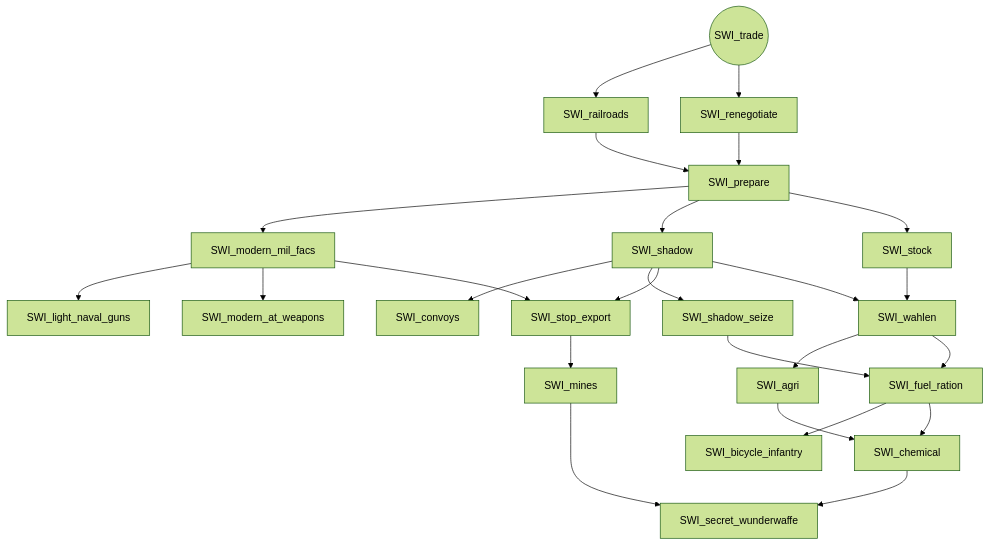
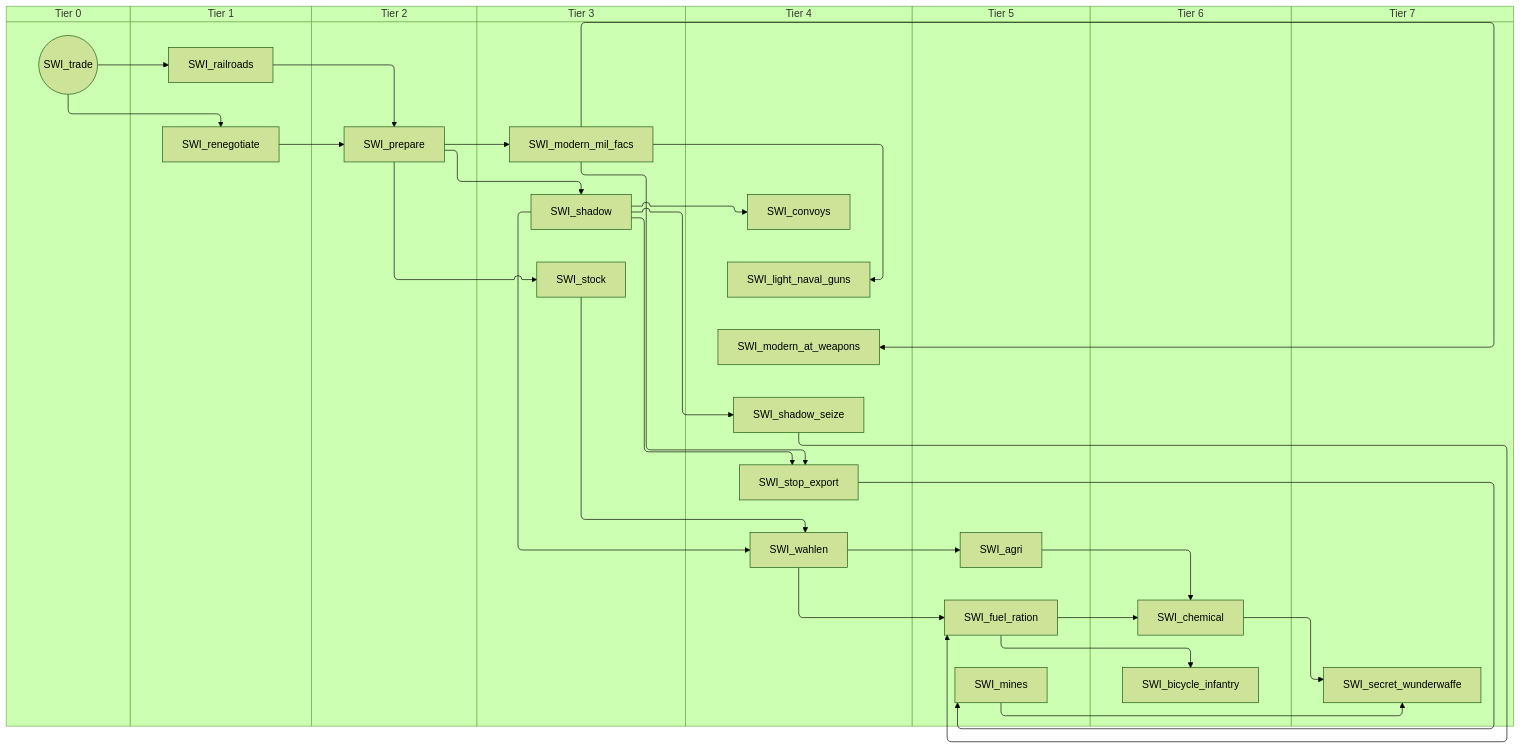
One commit to evgeny-sobol/hoi4-sandbox-mode-r56 changed the eighth of 8 diagrams in docs/gdd/National Focuses/r56_switzerland.md. Above: the diagram before and after it, drawn with Mermaid (forest theme). The commit also changed other lines of this file and 423 other files, not shown here.

First line of the commit message:
Re-export Rt56 focus trees as swimlane diagrams

````diff
--- a/docs/gdd/National Focuses/r56_switzerland.md
+++ b/docs/gdd/National Focuses/r56_switzerland.md
@@ -275,46 +349,62 @@
 ```mermaid
-flowchart TD
-    n83["SWI_agri"]
-    n84["SWI_bicycle_infantry"]
-    n85["SWI_chemical"]
-    n86["SWI_convoys"]
-    n87["SWI_fuel_ration"]
-    n88["SWI_light_naval_guns"]
-    n89["SWI_mines"]
-    n90["SWI_modern_at_weapons"]
-    n91["SWI_modern_mil_facs"]
-    n92["SWI_prepare"]
-    n93["SWI_railroads"]
-    n94["SWI_renegotiate"]
-    n95["SWI_secret_wunderwaffe"]
-    n96["SWI_shadow"]
-    n97["SWI_shadow_seize"]
-    n98["SWI_stock"]
-    n99["SWI_stop_export"]
-    n100(("SWI_trade"))
-    n101["SWI_wahlen"]
-    n101 --> n83
-    n87 --> n84
+swimlane-beta TD
+    subgraph tier_0["Tier 0"]
+        n83(("SWI_trade"))
+    end
+    subgraph tier_1["Tier 1"]
+        n84["SWI_railroads"]
+        n85["SWI_renegotiate"]
+    end
+    subgraph tier_2["Tier 2"]
+        n86["SWI_prepare"]
+    end
+    subgraph tier_3["Tier 3"]
+        n87["SWI_modern_mil_facs"]
+        n88["SWI_shadow"]
+        n89["SWI_stock"]
+    end
+    subgraph tier_4["Tier 4"]
+        n90["SWI_convoys"]
+        n91["SWI_light_naval_guns"]
+        n92["SWI_modern_at_weapons"]
+        n93["SWI_shadow_seize"]
+        n94["SWI_stop_export"]
+        n95["SWI_wahlen"]
+    end
+    subgraph tier_5["Tier 5"]
+        n96["SWI_agri"]
+        n97["SWI_fuel_ration"]
+        n98["SWI_mines"]
+    end
+    subgraph tier_6["Tier 6"]
+        n99["SWI_bicycle_infantry"]
+        n100["SWI_chemical"]
+    end
+    subgraph tier_7["Tier 7"]
+        n101["SWI_secret_wunderwaffe"]
+    end
+    n95 --> n96
+    n97 --> n99
+    n96 --> n100
+    n97 --> n100
+    n88 --> n90
+    n93 --> n97
+    n95 --> n97
+    n87 --> n91
+    n94 --> n98
+    n87 --> n92
+    n86 --> n87
+    n85 --> n86
+    n84 --> n86
+    n83 --> n84
     n83 --> n85
-    n87 --> n85
-    n96 --> n86
-    n97 --> n87
-    n101 --> n87
-    n91 --> n88
-    n99 --> n89
-    n91 --> n90
-    n92 --> n91
-    n94 --> n92
-    n93 --> n92
-    n100 --> n93
-    n100 --> n94
-    n85 --> n95
+    n100 --> n101
+    n98 --> n101
+    n86 --> n88
+    n88 --> n93
+    n86 --> n89
+    n88 --> n94
+    n87 --> n94
+    n88 --> n95
     n89 --> n95
-    n92 --> n96
-    n96 --> n97
-    n92 --> n98
-    n96 --> n99
-    n91 --> n99
-    n96 --> n101
-    n98 --> n101
 ```
````
